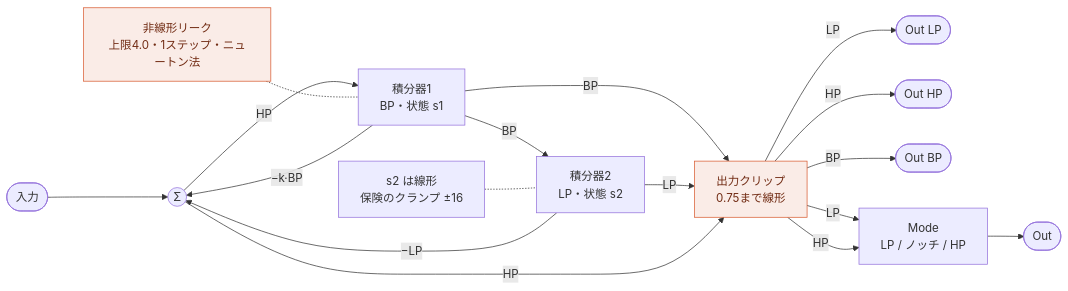
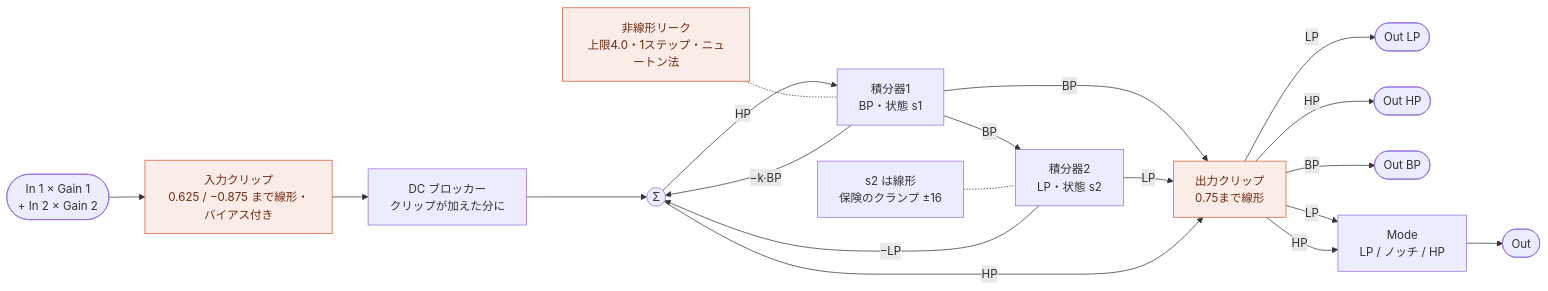
Before and after one commit to risgk/midi_synthesizer_spms1: the first of 4 diagrams in spms1_type2/spms1_patching.ja.md, drawn with Mermaid. The commit also changed other lines of this file and 8 other files, not shown here.

````diff
--- a/spms1_type2/spms1_patching.ja.md
+++ b/spms1_type2/spms1_patching.ja.md
@@ -88,21 +99,23 @@
 ```mermaid
 flowchart LR
-  IN([入力]) --> SUM((Σ))
+  IN([In 1 × Gain 1<br/>+ In 2 × Gain 2]) --> IC["入力クリップ<br/>0.625 / −0.875 まで線形・バイアス付き"]
+  IC --> DCB["DC ブロッカー<br/>クリップが加えた分に"]
+  DCB --> SUM((Σ))
   SUM -->|HP| I1["積分器1<br/>BP・状態 s1"]
   I1 -->|BP| OC
   I1 -->|BP| I2["積分器2<br/>LP・状態 s2"]
   I2 -->|LP| OC["出力クリップ<br/>0.75まで線形"]
   SUM -->|HP| OC
   OC -->|LP| OUT_LP([Out LP])
   OC -->|HP| OUT_HP([Out HP])
   OC -->|BP| OUT_BP([Out BP])
   OC -->|LP| XF["Mode<br/>LP / ノッチ / HP"]
   OC -->|HP| XF
   XF --> OUT([Out])
   SC["非線形リーク<br/>上限4.0・1ステップ・ニュートン法"] -.- I1
   L2["s2 は線形<br/>保険のクランプ ±16"] -.- I2
   I1 -->|"−k·BP"| SUM
   I2 -->|"−LP"| SUM
   classDef nl fill:#FAECE7,stroke:#D85A30,color:#712B13
-  class SC,OC nl
+  class IC,SC,OC nl
 ```
````
